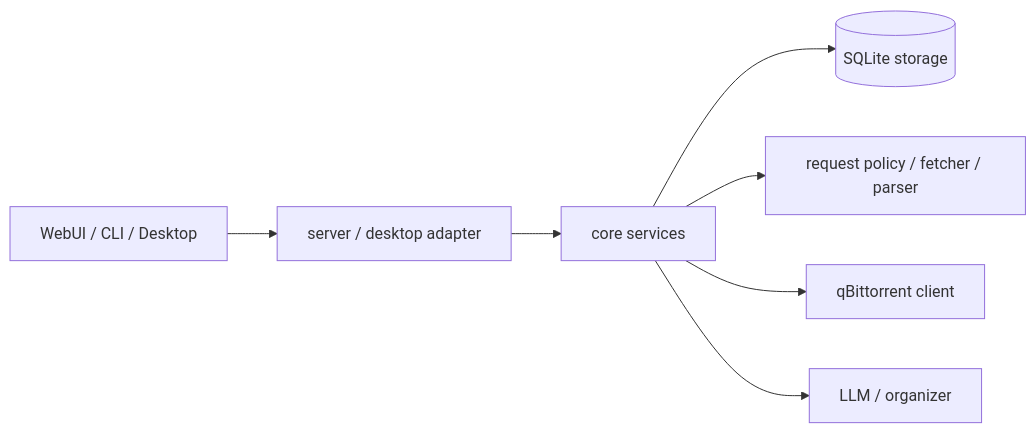
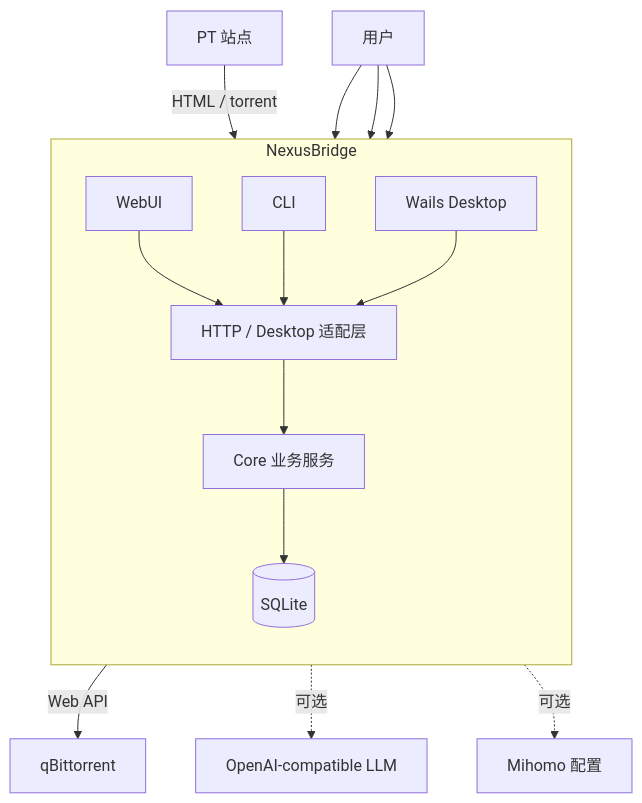
One commit to Huffer342-WSH/NexusBridge changed the first of 7 diagrams in docs/architecture.md. Above: the diagram before and after it, drawn with Mermaid. The commit also changed other lines of this file and 76 other files, not shown here.

````diff
--- a/docs/architecture.md
+++ b/docs/architecture.md
@@ -5,9 +9,28 @@
 ```mermaid
-flowchart LR
-    UI[WebUI / CLI / Desktop] --> Server[server / desktop adapter]
-    Server --> Core[core services]
-    Core --> Storage[(SQLite storage)]
-    Core --> Site[request policy / fetcher / parser]
-    Core --> QB[qBittorrent client]
-    Core --> LLM[LLM / organizer]
+flowchart TB
+    User[用户]
+
+    subgraph NexusBridge[NexusBridge]
+        direction TB
+        UI[WebUI]
+        CLI[CLI]
+        Desktop[Wails Desktop]
+        Adapter[HTTP / Desktop 适配层]
+        Core[Core 业务服务]
+        DB[(SQLite)]
+
+        UI --> Adapter
+        CLI --> Adapter
+        Desktop --> Adapter
+        Adapter --> Core
+        Core --> DB
+    end
+
+    Sites[PT 站点] -->|HTML / torrent| Core
+    Core -->|Web API| QB[qBittorrent]
+    Core -.->|可选| LLM[OpenAI-compatible LLM]
+    Core -.->|可选| Mihomo[Mihomo 配置]
+    User --> UI
+    User --> CLI
+    User --> Desktop
 ```
````
